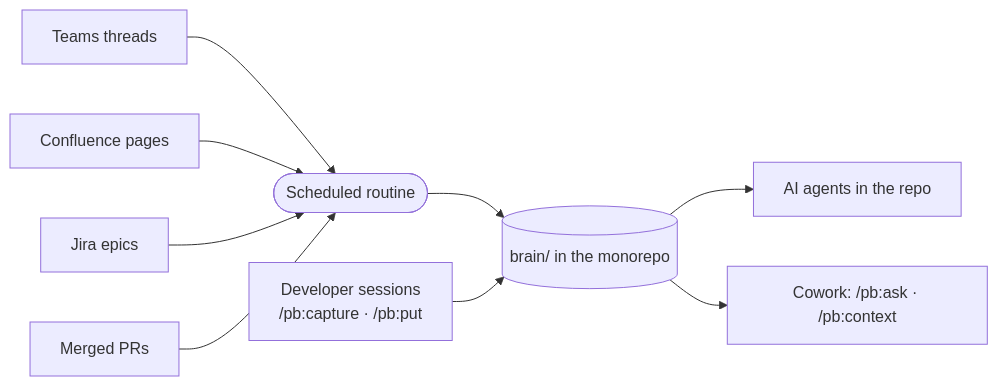
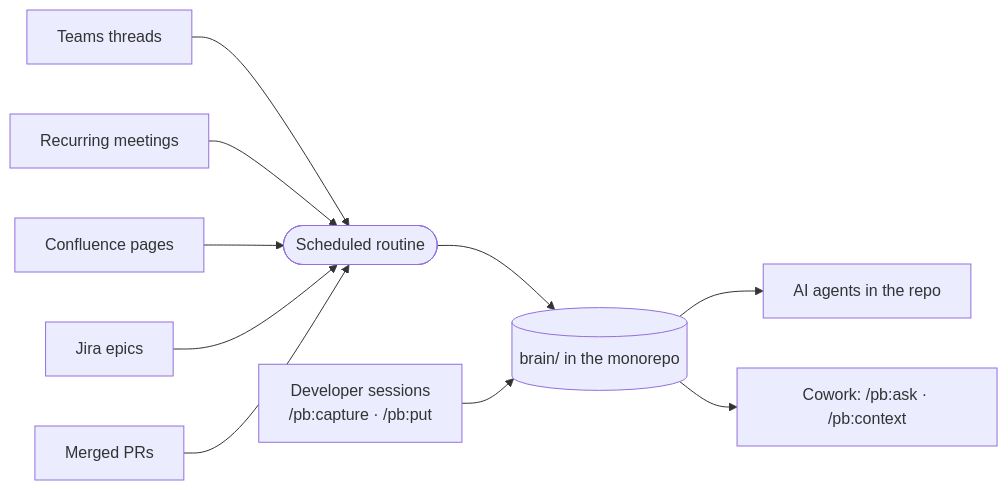
The diagram in README.md (minox86/project-brain), drawn with Mermaid before and after one commit. The commit also changed other lines of this file and 12 other files, not shown here.

First line of the commit message:
feat: recurring meetings in the routine, /pb:brief role briefings; Confluence mirror study

````diff
--- a/README.md
+++ b/README.md
@@ -33,11 +33,12 @@
 ```mermaid
 flowchart LR
     T[Teams threads] --> R
+    M[Recurring meetings] --> R
     C[Confluence pages] --> R
     J[Jira epics] --> R
     P[Merged PRs] --> R
     R([Scheduled routine]) --> B[(brain/ in the monorepo)]
     D[Developer sessions<br>/pb:capture · /pb:put] --> B
     B --> A[AI agents in the repo]
     B --> W[Cowork: /pb:ask · /pb:context]
 ```
````
